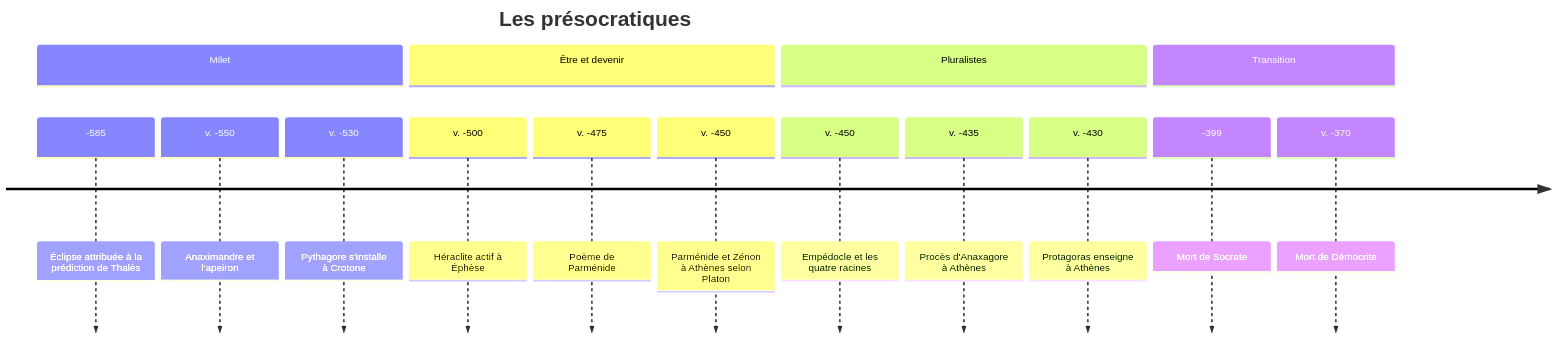
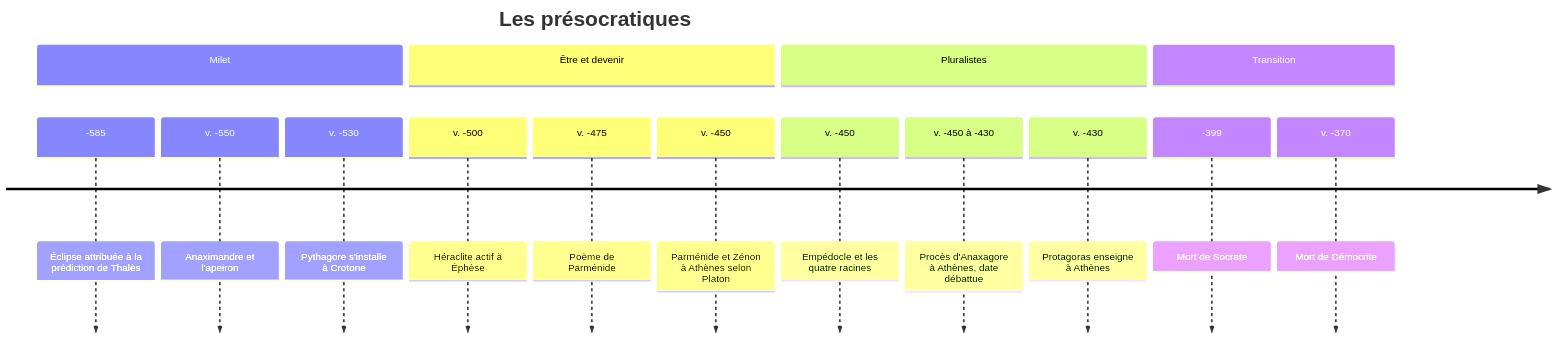
Before and after one commit to rwmicro/pensine: the second of 2 diagrams in Social Sciences/Philosophy/Philosophes/Présocratiques.md, drawn with Mermaid. The commit also changed other lines of this file and 17 other files, not shown here.

````diff
--- a/Social Sciences/Philosophy/Philosophes/Présocratiques.md
+++ b/Social Sciences/Philosophy/Philosophes/Présocratiques.md
@@ -159,19 +159,19 @@
 ```mermaid
 timeline
     title Les présocratiques
     section Milet
         -585 : Éclipse attribuée à la prédiction de Thalès
         v. -550 : Anaximandre et l'apeiron
         v. -530 : Pythagore s'installe à Crotone
     section Être et devenir
         v. -500 : Héraclite actif à Éphèse
         v. -475 : Poème de Parménide
         v. -450 : Parménide et Zénon à Athènes selon Platon
     section Pluralistes
         v. -450 : Empédocle et les quatre racines
-        v. -435 : Procès d'Anaxagore à Athènes
+        v. -450 à -430 : Procès d'Anaxagore à Athènes, date débattue
         v. -430 : Protagoras enseigne à Athènes
     section Transition
         -399 : Mort de Socrate
         v. -370 : Mort de Démocrite
 ```
````
